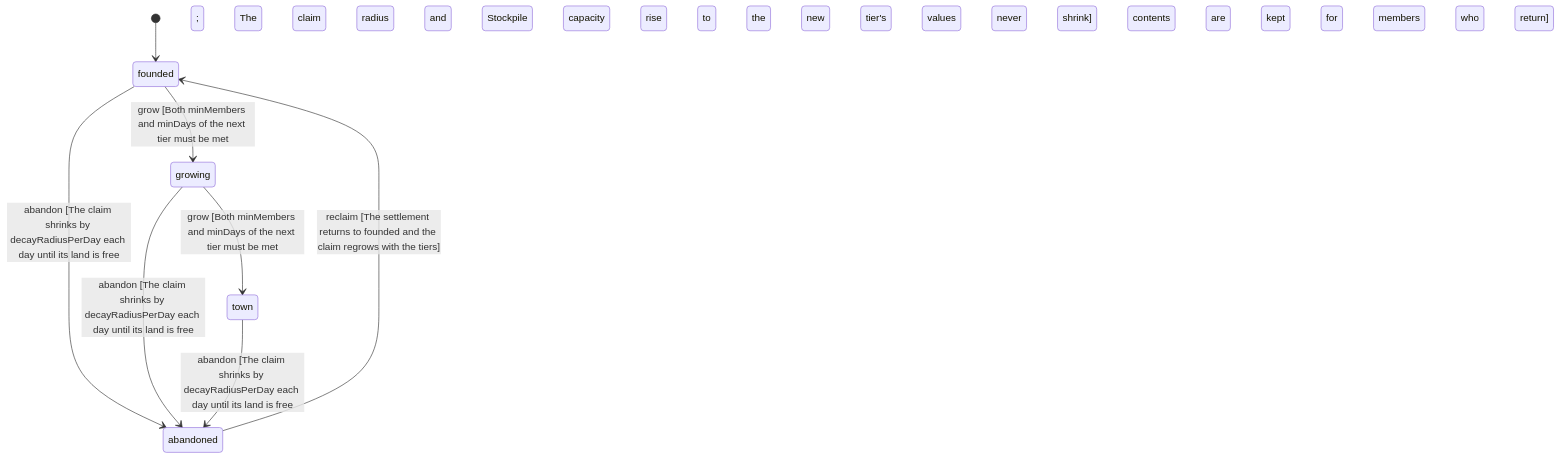
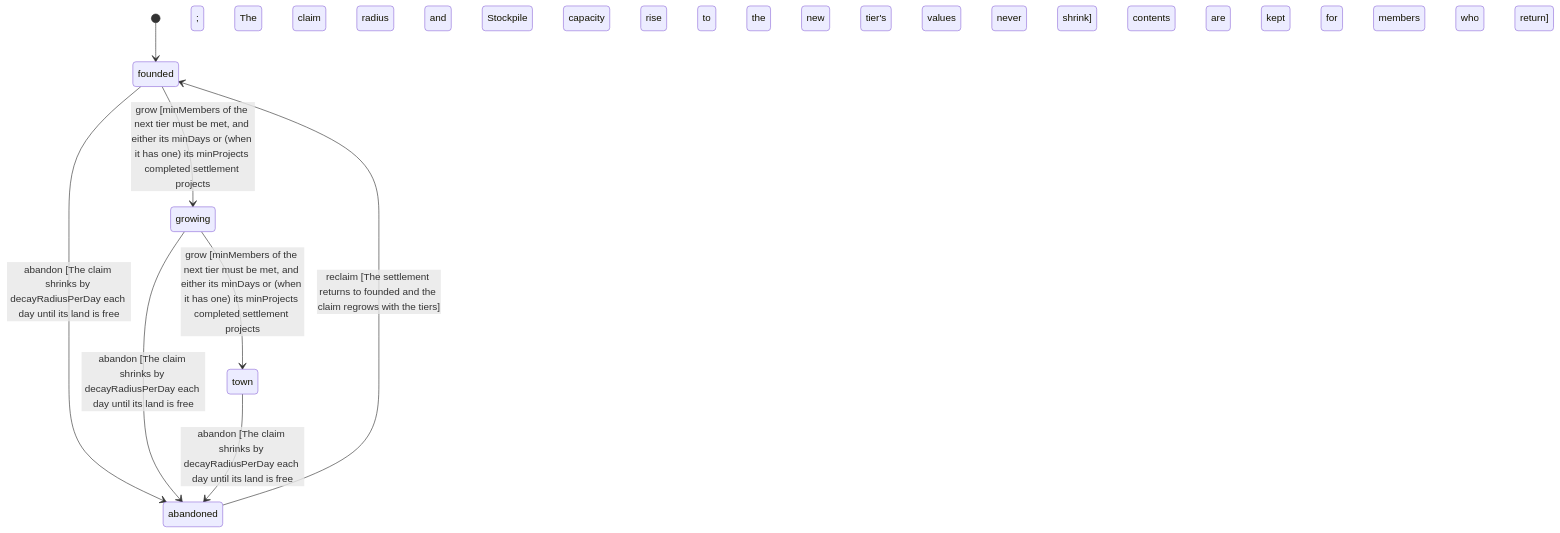
Before and after one commit to Tubaleviao/project-nihon: the diagram in wiki/entities/settlement.md, drawn with Mermaid. The commit also changed other lines of this file and 40 other files, not shown here.

First line of the commit message:
fabric(settlement): the settlement loop in the fabric — projects, specialties, raids and upkeep (Phase 197) (#535)

````diff
--- a/wiki/entities/settlement.md
+++ b/wiki/entities/settlement.md
@@ -38,10 +43,10 @@
 ```mermaid
 stateDiagram-v2
   [*] --> founded
-  founded --> growing : grow [Both minMembers and minDays of the next tier must be met; The claim radius and Stockpile capacity rise to the new tier's values and never shrink]
-  growing --> town : grow [Both minMembers and minDays of the next tier must be met; The claim radius and Stockpile capacity rise to the new tier's values and never shrink]
+  founded --> growing : grow [minMembers of the next tier must be met, and either its minDays or (when it has one) its minProjects completed settlement projects; The claim radius and Stockpile capacity rise to the new tier's values and never shrink]
+  growing --> town : grow [minMembers of the next tier must be met, and either its minDays or (when it has one) its minProjects completed settlement projects; The claim radius and Stockpile capacity rise to the new tier's values and never shrink]
   founded --> abandoned : abandon [The claim shrinks by decayRadiusPerDay each day until its land is free; The Stockpile contents are kept for members who return]
   growing --> abandoned : abandon [The claim shrinks by decayRadiusPerDay each day until its land is free; The Stockpile contents are kept for members who return]
   town --> abandoned : abandon [The claim shrinks by decayRadiusPerDay each day until its land is free; The Stockpile contents are kept for members who return]
   abandoned --> founded : reclaim [The settlement returns to founded and the claim regrows with the tiers]
 ```
````
